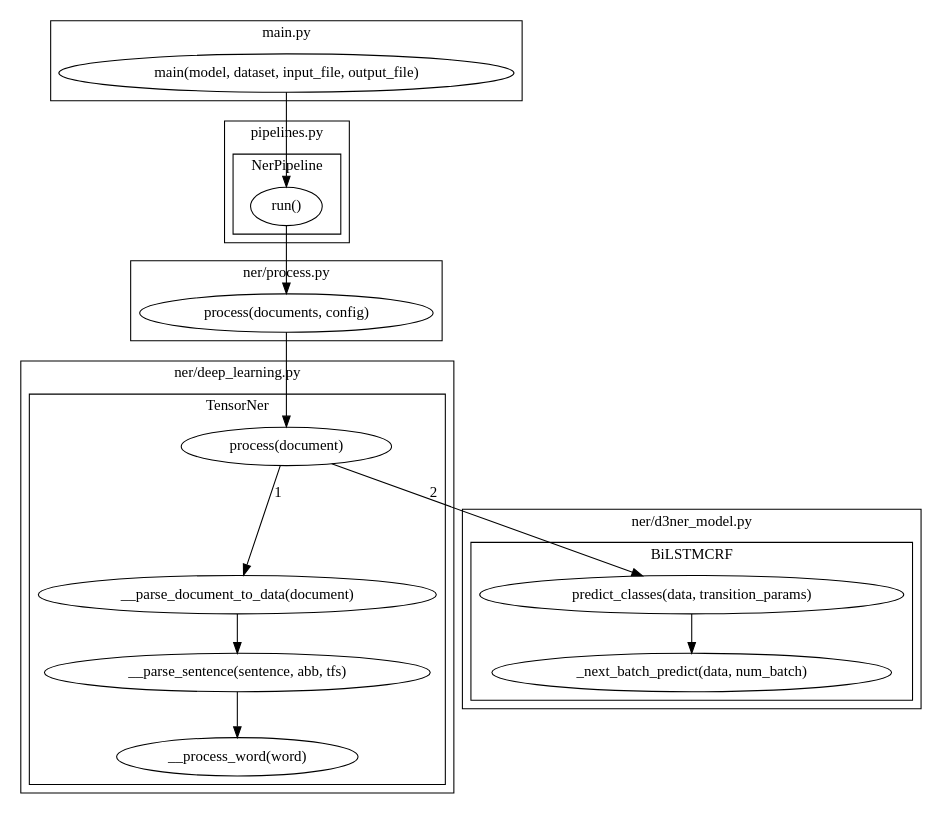
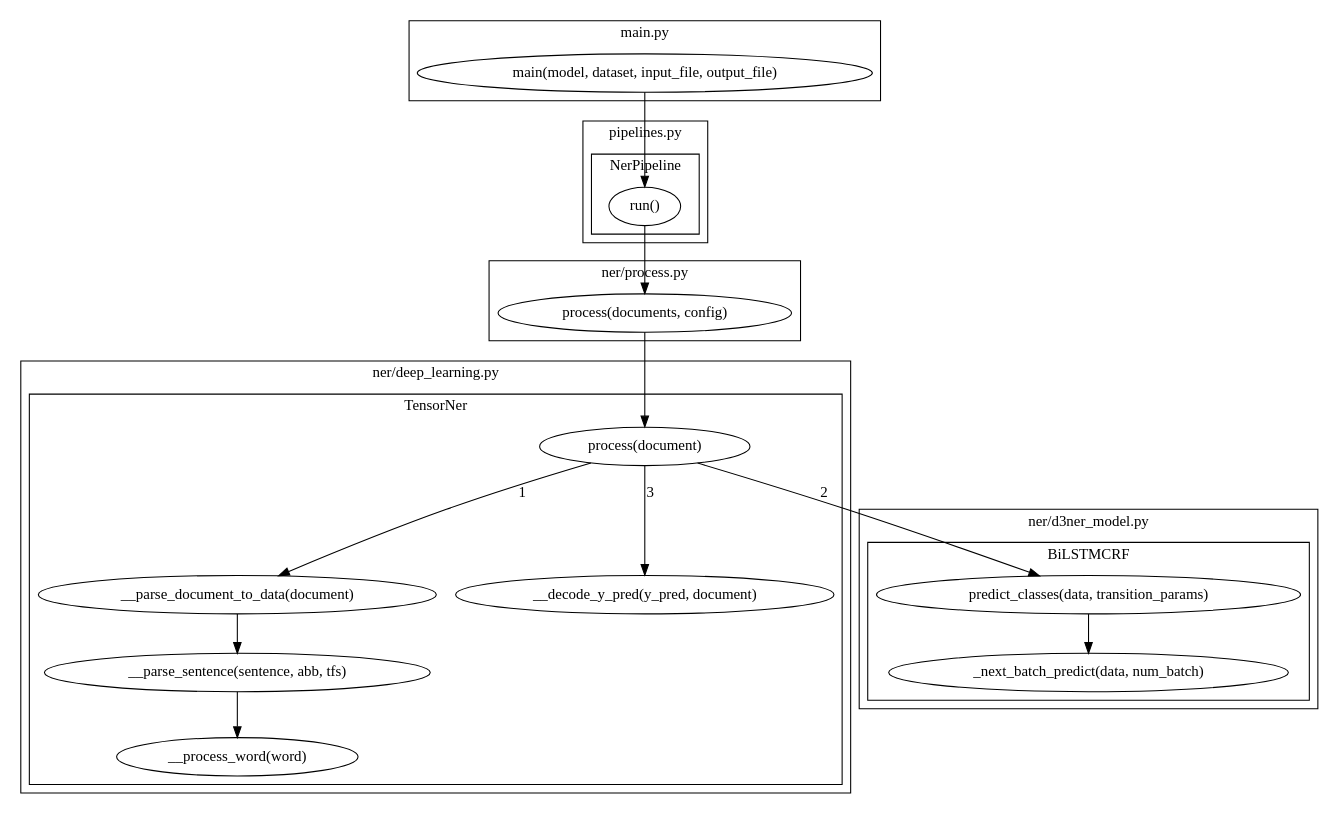
Before and after one commit to zhangchengkai826/D3NER: the diagram in d3ner.gv, drawn with Graphviz. The commit also changed 1 other file, not shown here.

```diff
--- a/d3ner.gv
+++ b/d3ner.gv
@@ -1,40 +1,42 @@
 digraph D3NER {
   subgraph cluster_main_py {
     label = "main.py";
     main_func [label="main(model, dataset, input_file, output_file)"];
   }
   subgraph cluster_pipelines_py {
     label = "pipelines.py";
     subgraph cluster_NerPipeline_clz {
       label = "NerPipeline";
       run_func [label="run()"];
     }
   }
   subgraph cluster_ner_process_py {
     label = "ner/process.py";
     process_func [label="process(documents, config)"];
   }
   subgraph cluster_deeplearning_py {
     label = "ner/deep_learning.py";
     subgraph cluster_TensorNer_clz {
       label = "TensorNer";
       TensorNer_process_func [label="process(document)"];
       __parse_document_to_data_func [label="__parse_document_to_data(document)"];
       __parse_sentence_func [label="__parse_sentence(sentence, abb, tfs)"];
       __process_word_func [label="__process_word(word)"];
+      __decode_y_pred_func [label="__decode_y_pred(y_pred, document)"];
     }
   }
   subgraph cluster_d3nermodel_py {
     label = "ner/d3ner_model.py";
     subgraph cluster_BiLSTMCRF_clz {
       label = "BiLSTMCRF";
       predict_classes_func [label="predict_classes(data, transition_params)"];
       _next_batch_predict_func [label="_next_batch_predict(data, num_batch)"];
     }
   }
   main_func -> run_func -> process_func -> TensorNer_process_func
   TensorNer_process_func -> __parse_document_to_data_func [label=1]
   TensorNer_process_func -> predict_classes_func [label=2]
+  TensorNer_process_func -> __decode_y_pred_func [label=3]
   __parse_document_to_data_func -> __parse_sentence_func -> __process_word_func;
   predict_classes_func -> _next_batch_predict_func
 }
```
